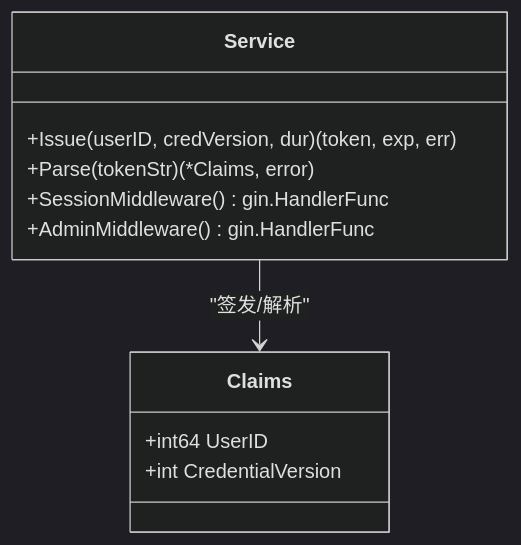
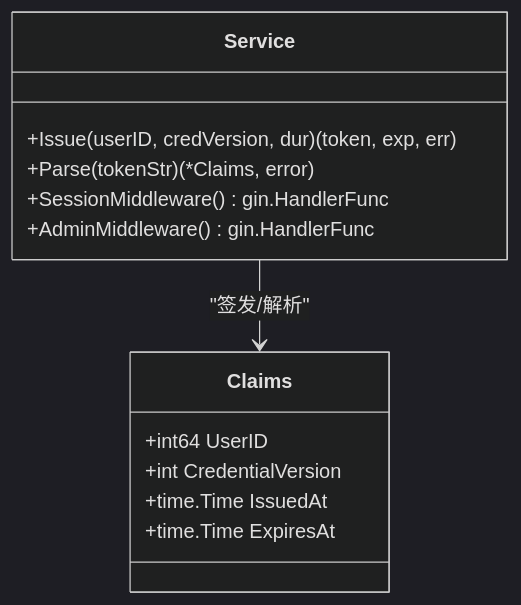
Before and after one commit to AlcaProphet/VPN-Subscription-Management: the seventh of 12 diagrams in .qoder/repowiki/zh/content/核心功能模块/认证与授权系统/认证与授权系统.md, drawn with Mermaid (dark theme). The commit also changed other lines of this file and 8 other files, not shown here.

````diff
--- a/.qoder/repowiki/zh/content/核心功能模块/认证与授权系统/认证与授权系统.md
+++ b/.qoder/repowiki/zh/content/核心功能模块/认证与授权系统/认证与授权系统.md
@@ -274,14 +267,16 @@
 ```mermaid
 classDiagram
 class Claims {
 +int64 UserID
 +int CredentialVersion
++time.Time IssuedAt
++time.Time ExpiresAt
 }
 class Service {
 +Issue(userID, credVersion, dur) (token, exp, err)
 +Parse(tokenStr) (*Claims, error)
 +SessionMiddleware() gin.HandlerFunc
 +AdminMiddleware() gin.HandlerFunc
 }
 Service --> Claims : "签发/解析"
 ```
````
